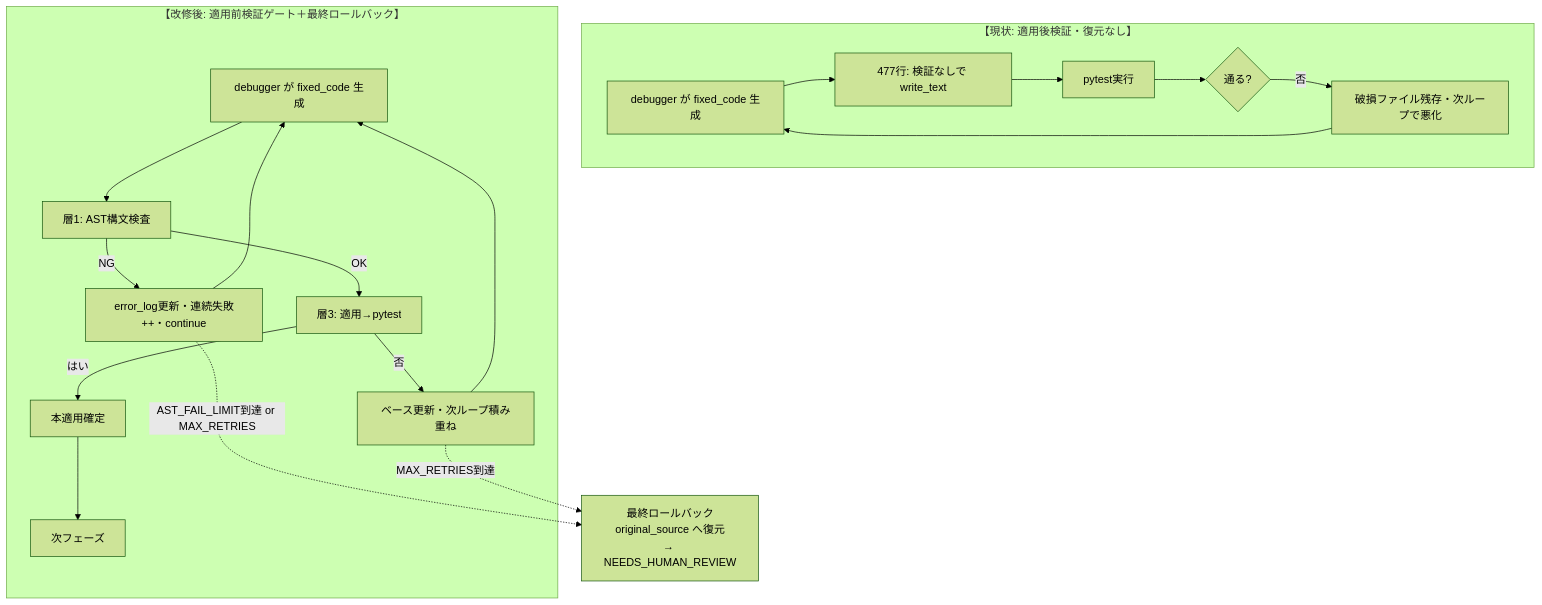
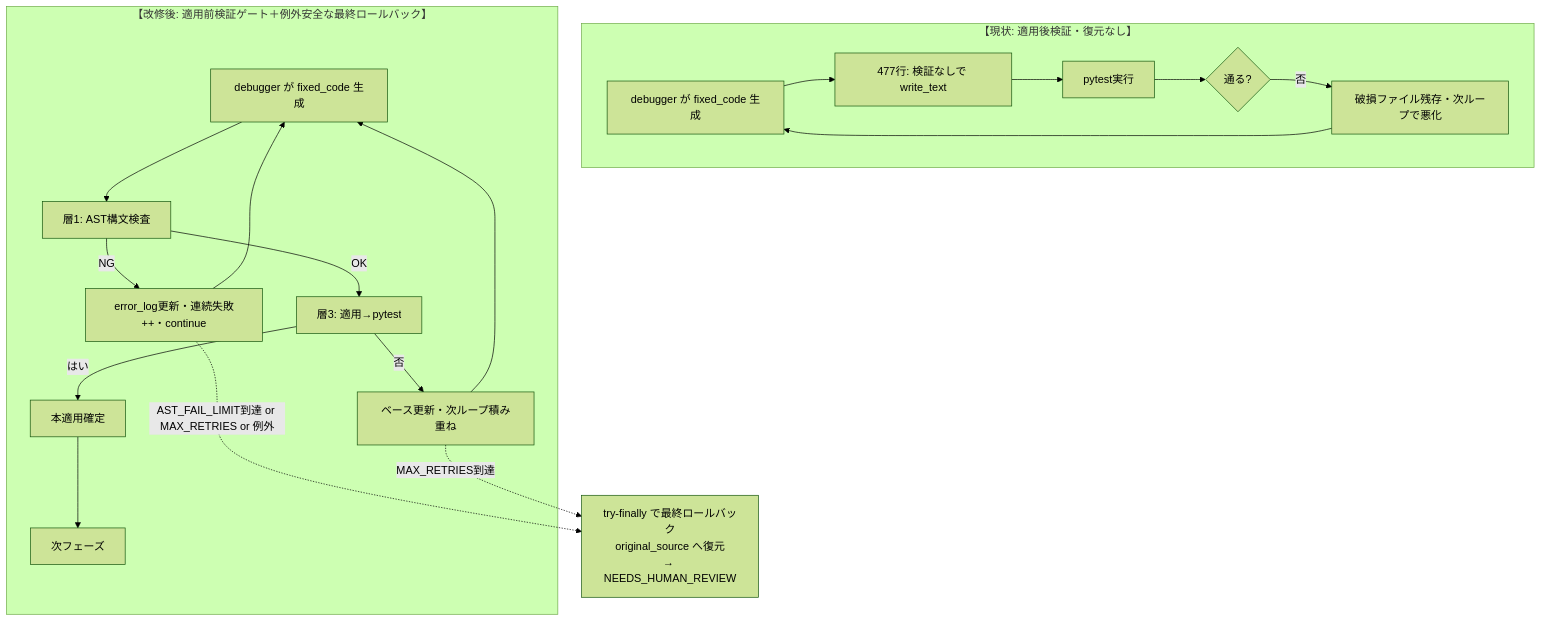
One commit to fukukei23/NexusCore changed the diagram in docs/superpowers/specs/2026-07-24-nexuscore-debugger-patch破損根本防止-design.md. Above: the diagram before and after it, drawn with Mermaid (forest theme). The commit also changed other lines of this file, not shown here.

Commit message:
docs(spec): 2巡目multi-llm-review反映(try-finally例外安全+14点改訂)

````diff
--- a/docs/superpowers/specs/2026-07-24-nexuscore-debugger-patch破損根本防止-design.md
+++ b/docs/superpowers/specs/2026-07-24-nexuscore-debugger-patch破損根本防止-design.md
@@ -77,22 +77,22 @@
 ```mermaid
 flowchart TD
     subgraph BEFORE["【現状: 適用後検証・復元なし】"]
         A1[debugger が fixed_code 生成] --> A2[477行: 検証なしで write_text]
         A2 --> A3[pytest実行]
         A3 --> A4{通る?}
         A4 -- 否 --> A5[破損ファイル残存・次ループで悪化]
         A5 --> A1
     end
-    subgraph AFTER["【改修後: 適用前検証ゲート＋最終ロールバック】"]
+    subgraph AFTER["【改修後: 適用前検証ゲート＋例外安全な最終ロールバック】"]
         B1[debugger が fixed_code 生成] --> B2[層1: AST構文検査]
         B2 -- NG --> B3[error_log更新・連続失敗++・continue]
         B3 --> B1
         B2 -- OK --> B4[層3: 適用→pytest]
         B4 -- 否 --> B5[ベース更新・次ループ積み重ね]
         B5 --> B1
         B4 -- はい --> B6[本適用確定]
         B6 --> B7[次フェーズ]
     end
-    B3 -. "AST_FAIL_LIMIT到達 or MAX_RETRIES" .-> R[最終ロールバック<br/>original_source へ復元<br/>→ NEEDS_HUMAN_REVIEW]
+    B3 -. "AST_FAIL_LIMIT到達 or MAX_RETRIES or 例外" .-> R[try-finally で最終ロールバック<br/>original_source へ復元<br/>→ NEEDS_HUMAN_REVIEW]
     B5 -. "MAX_RETRIES到達" .-> R
 ```
````
